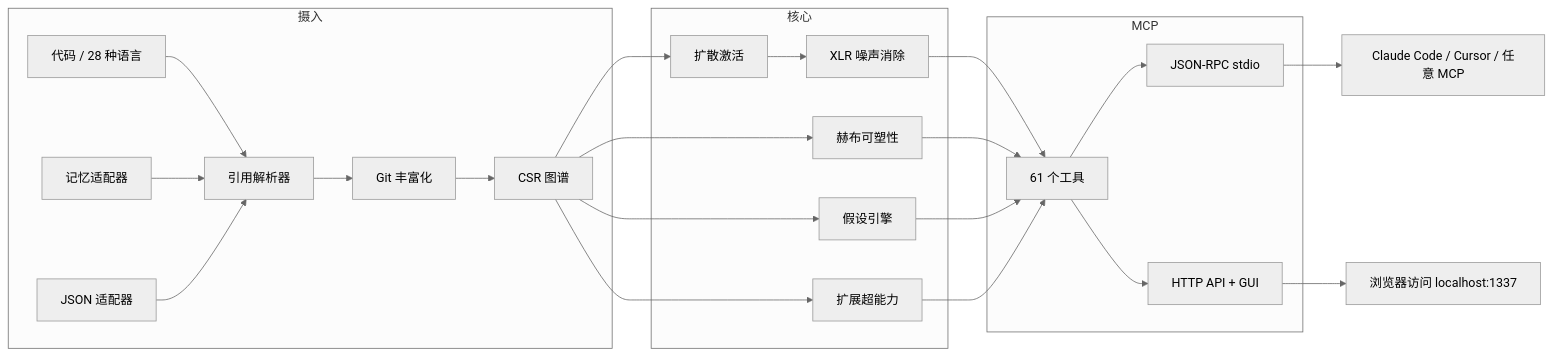
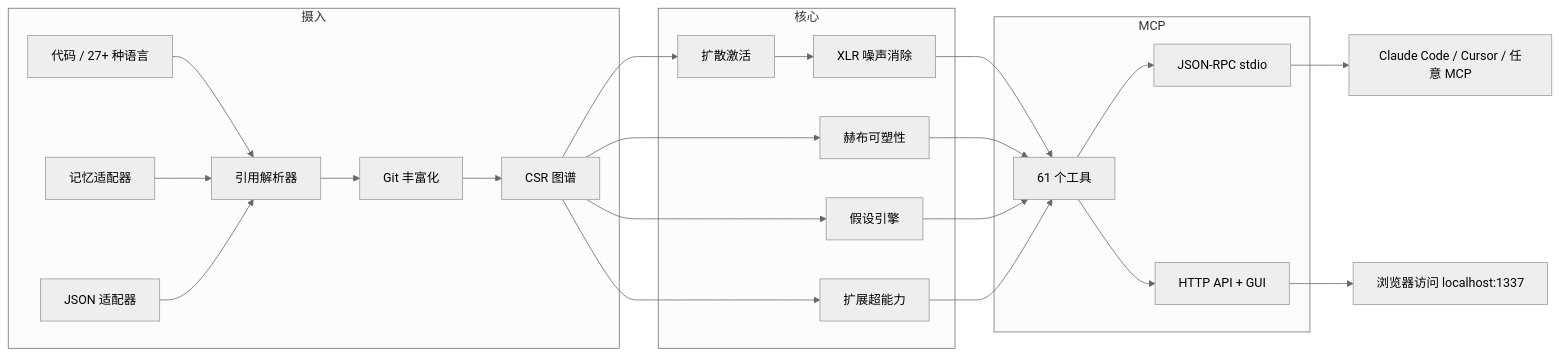
Before and after one commit to maxkle1nz/m1nd: the diagram in README.zh.md, drawn with Mermaid (neutral theme). The commit also changed other lines of this file and 1 other file, not shown here.

````diff
--- a/README.zh.md
+++ b/README.zh.md
@@ -309,27 +309,27 @@
 ```mermaid
 graph LR
     subgraph 摄入
-        A[代码 / 28 种语言] --> R[引用解析器]
+        A[代码 / 27+ 种语言] --> R[引用解析器]
         MA[记忆适配器] --> R
         JA[JSON 适配器] --> R
         R --> GD[Git 丰富化]
         GD --> G[CSR 图谱]
     end
     subgraph 核心
         G --> SA[扩散激活]
         G --> HP[赫布可塑性]
         G --> HY[假设引擎]
         G --> SX[扩展超能力]
         SA --> XLR[XLR 噪声消除]
     end
     subgraph MCP
         XLR --> T[61 个工具]
         HP --> T
         HY --> T
         SX --> T
         T --> IO[JSON-RPC stdio]
         T --> HTTP[HTTP API + GUI]
     end
     IO --> C[Claude Code / Cursor / 任意 MCP]
     HTTP --> B[浏览器访问 localhost:1337]
 ```
````
